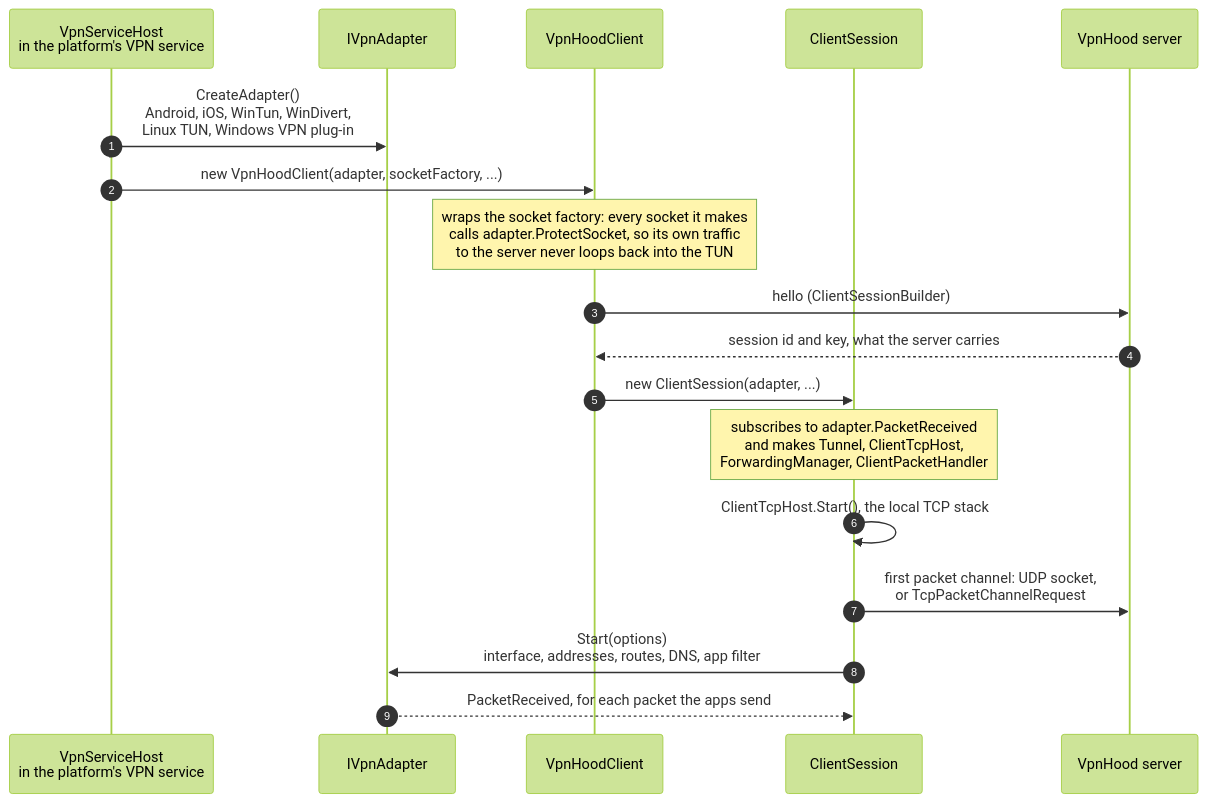
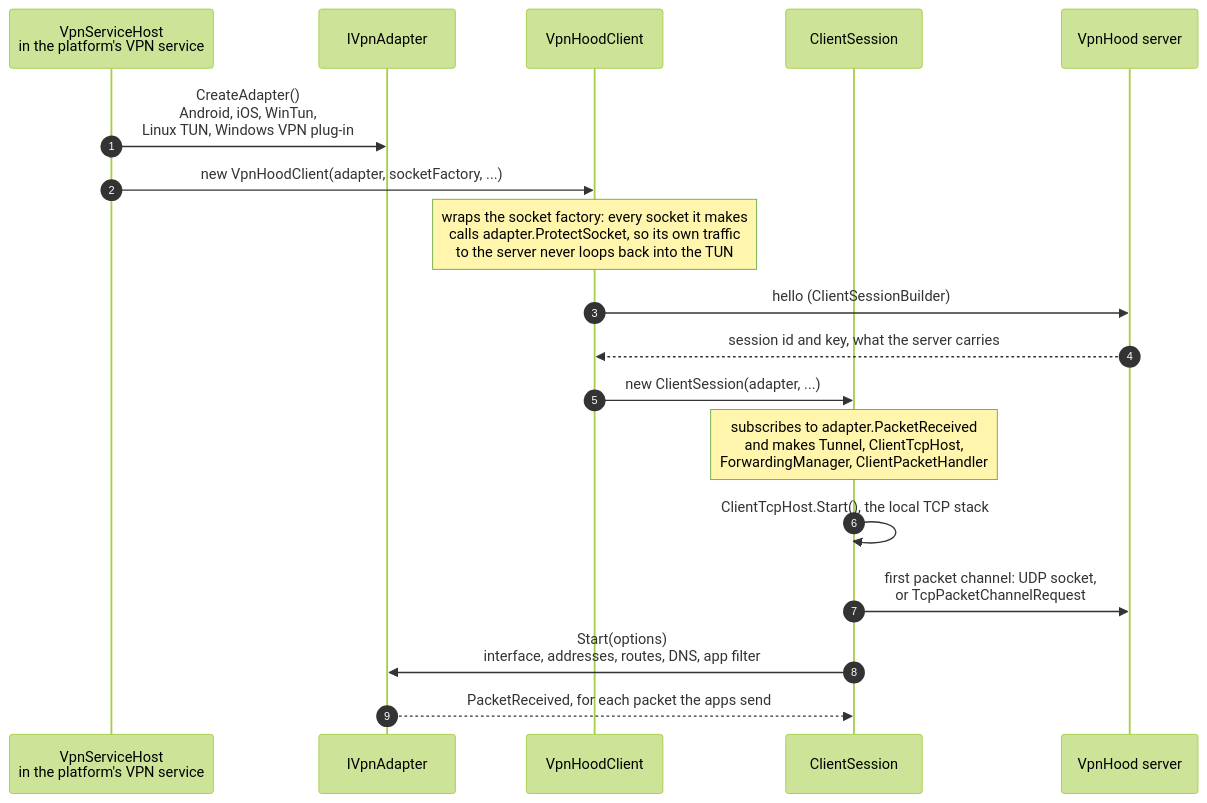
Before and after one commit to vpnhood/VpnHood: the first of 2 diagrams in docs/vpn-engine.md, drawn with Mermaid (forest theme). The commit also changed 20 other files, not shown here.

````diff
--- a/docs/vpn-engine.md
+++ b/docs/vpn-engine.md
@@ -10,21 +10,21 @@
 ```mermaid
 sequenceDiagram
     autonumber
     participant Host as VpnServiceHost<br/>in the platform's VPN service
     participant Adapter as IVpnAdapter
     participant Client as VpnHoodClient
     participant Session as ClientSession
     participant Server as VpnHood server
 
-    Host->>Adapter: CreateAdapter()<br/>Android, iOS, WinTun, WinDivert,<br/>Linux TUN, Windows VPN plug-in
+    Host->>Adapter: CreateAdapter()<br/>Android, iOS, WinTun,<br/>Linux TUN, Windows VPN plug-in
     Host->>Client: new VpnHoodClient(adapter, socketFactory, ...)
     Note over Client: wraps the socket factory: every socket it makes<br/>calls adapter.ProtectSocket, so its own traffic<br/>to the server never loops back into the TUN
     Client->>Server: hello (ClientSessionBuilder)
     Server-->>Client: session id and key, what the server carries
     Client->>Session: new ClientSession(adapter, ...)
     Note over Session: subscribes to adapter.PacketReceived<br/>and makes Tunnel, ClientTcpHost,<br/>ForwardingManager, ClientPacketHandler
     Session->>Session: ClientTcpHost.Start(), the local TCP stack
     Session->>Server: first packet channel: UDP socket,<br/>or TcpPacketChannelRequest
     Session->>Adapter: Start(options)<br/>interface, addresses, routes, DNS, app filter
     Adapter-->>Session: PacketReceived, for each packet the apps send
 ```
````
